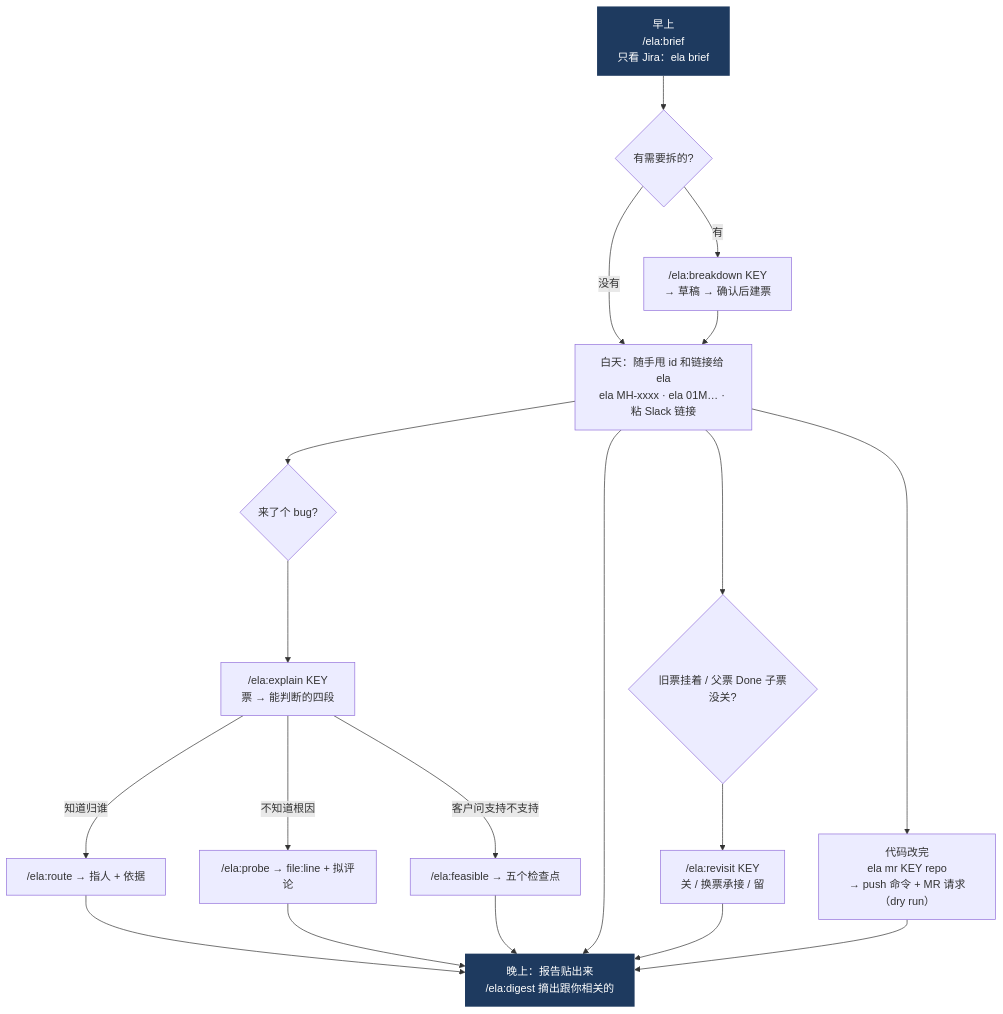
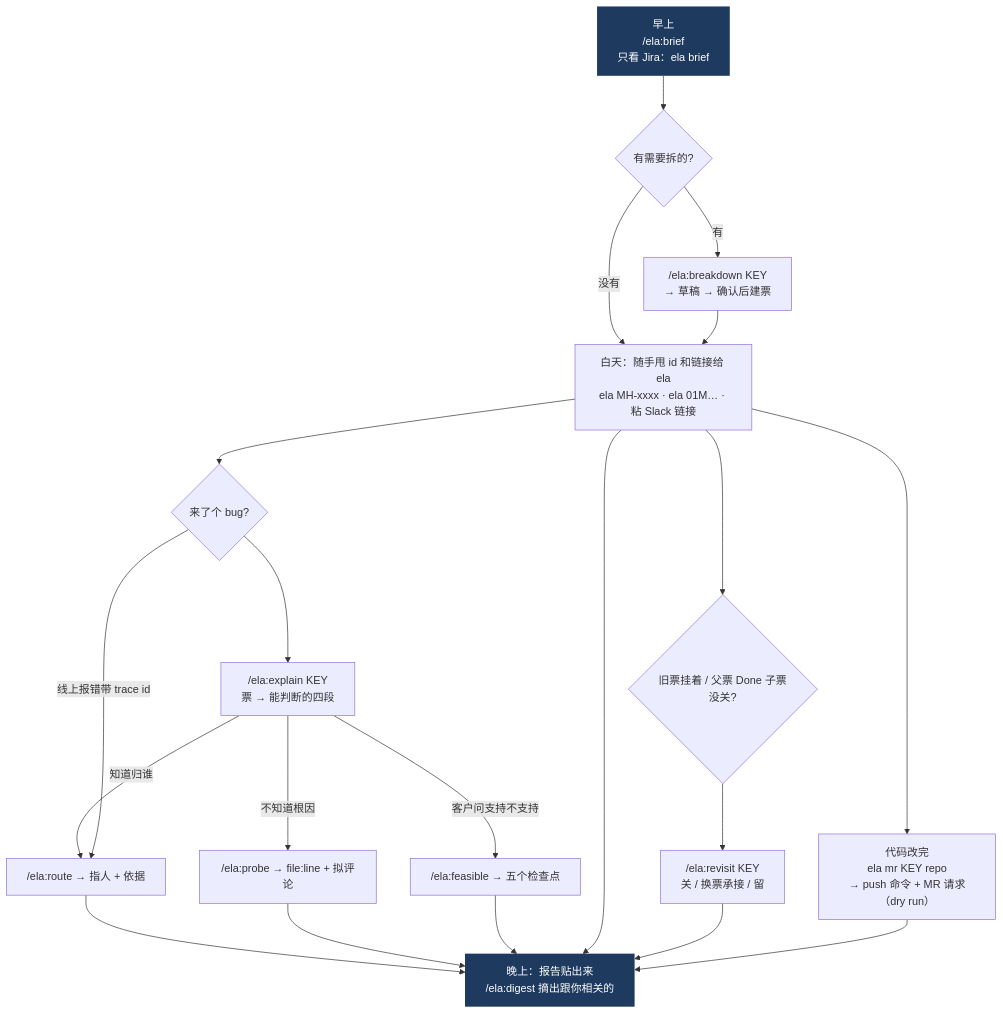
Before and after one commit to tvuevanli/tvu-ela: the fourth of 4 diagrams in docs/manual.md, drawn with Mermaid. The commit also changed other lines of this file and 4 other files, not shown here.

````diff
--- a/docs/manual.md
+++ b/docs/manual.md
@@ -196,23 +197,24 @@
 ```mermaid
 flowchart TD
   M["早上<br>/ela:brief<br>只看 Jira：ela brief"] --> M2{"有需要拆的?"}
   M2 -->|"有"| BD["/ela:breakdown KEY<br>→ 草稿 → 确认后建票"]
   M2 -->|"没有"| D
   BD --> D["白天：随手甩 id 和链接给 ela<br>ela MH-xxxx · ela 01M… · 粘 Slack 链接"]
   D --> BUG{"来了个 bug?"}
   BUG --> EX["/ela:explain KEY<br>票 → 能判断的四段"]
   EX -->|"知道归谁"| RO["/ela:route → 指人 + 依据"]
   EX -->|"不知道根因"| PR["/ela:probe → file:line + 拟评论"]
   EX -->|"客户问支持不支持"| FE["/ela:feasible → 五个检查点"]
+  BUG -->|"线上报错带 trace id"| RO
   RO --> EV
   PR --> EV["晚上：报告贴出来<br>/ela:digest 摘出跟你相关的"]
   FE --> EV
   D --> EV
   D --> OLD{"旧票挂着 / 父票 Done 子票没关?"}
   OLD --> RV["/ela:revisit KEY<br>关 / 换票承接 / 留"]
   RV --> EV
   D --> MR["代码改完<br>ela mr KEY repo<br>→ push 命令 + MR 请求（dry run）"]
   MR --> EV
   classDef m fill:#1e3a5f,color:#fff,stroke:none
   class M,EV m
 ```
````
